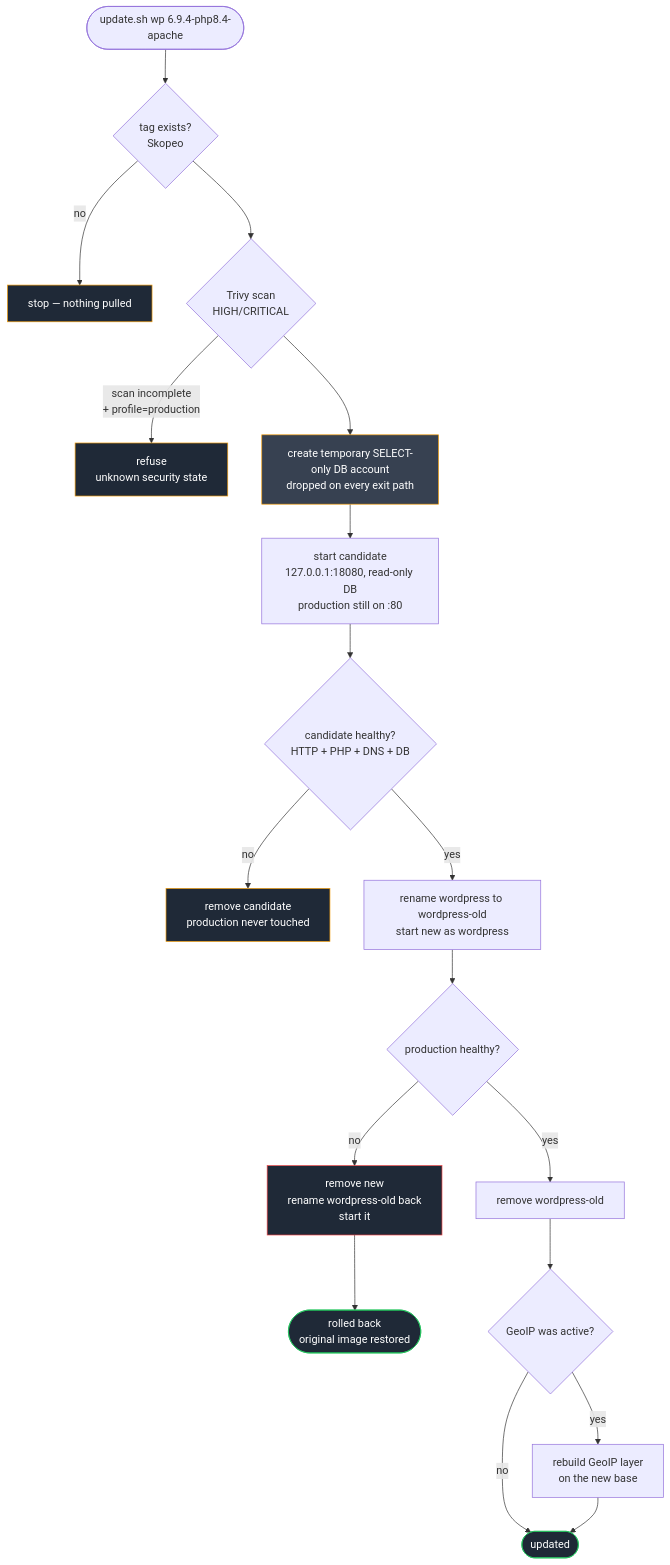
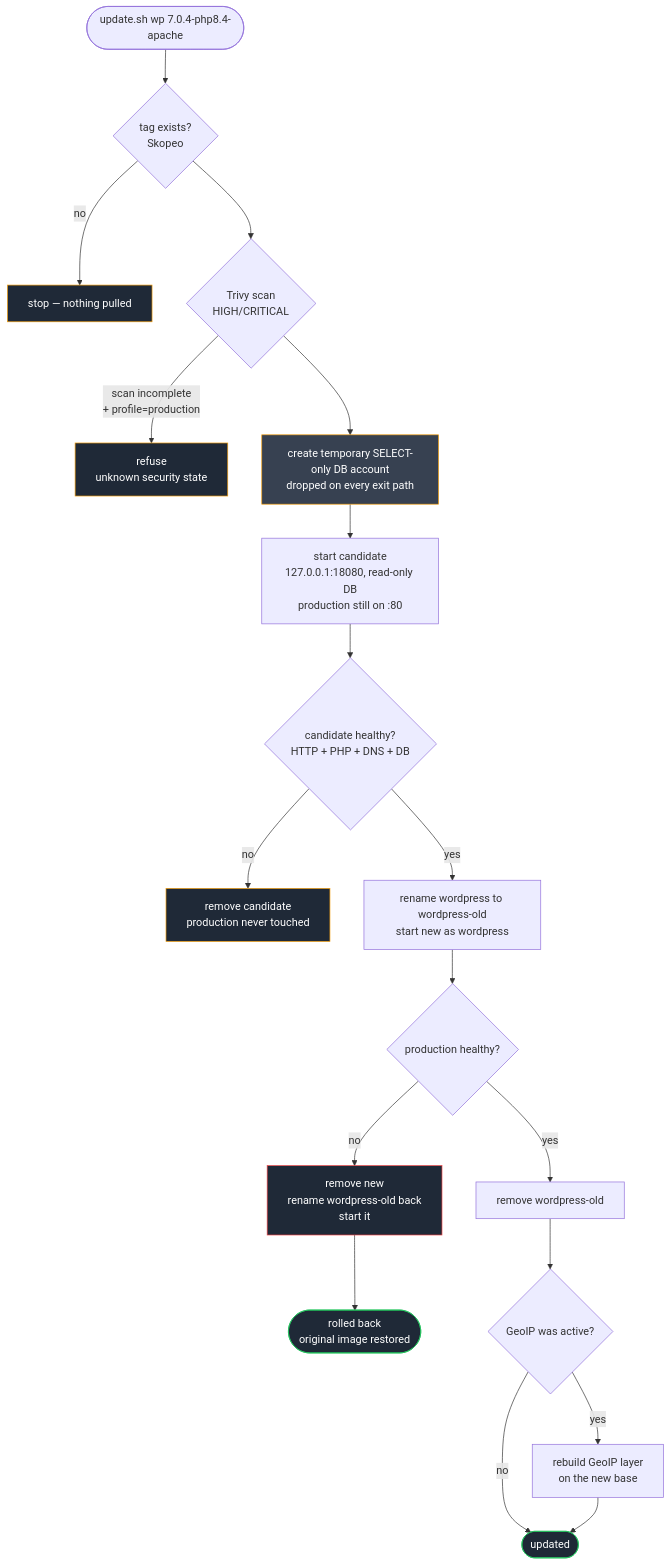
The sixth of 8 diagrams in ARCHITECTURE.md (RothITguy-jitsi/alpine-vm-wordpress), drawn with Mermaid before and after one commit. The commit also changed 20 other files, not shown here.

````diff
--- a/ARCHITECTURE.md
+++ b/ARCHITECTURE.md
@@ -281,32 +281,32 @@
 ```mermaid
 flowchart TD
-    START(["update.sh wp 6.9.4-php8.4-apache"]) --> CHK{"tag exists?<br/>Skopeo"}
+    START(["update.sh wp 7.0.4-php8.4-apache"]) --> CHK{"tag exists?<br/>Skopeo"}
     CHK -->|"no"| STOP1["stop — nothing pulled"]
     CHK --> SCAN{"Trivy scan<br/>HIGH/CRITICAL"}
     SCAN -->|"scan incomplete<br/>+ profile=production"| STOP2["refuse<br/>unknown security state"]
     SCAN --> RO["create temporary SELECT-only DB account<br/>dropped on every exit path"]
     RO --> CAND["start candidate<br/>127.0.0.1:18080, read-only DB<br/>production still on :80"]
 
     CAND --> VAL{"candidate healthy?<br/>HTTP + PHP + DNS + DB"}
     VAL -->|"no"| STOP3["remove candidate<br/>production never touched"]
 
     VAL -->|"yes"| REN["rename wordpress to wordpress-old<br/>start new as wordpress"]
     REN --> VAL2{"production healthy?"}
 
     VAL2 -->|"no"| RB["remove new<br/>rename wordpress-old back<br/>start it"]
     RB --> DONE2(["rolled back<br/>original image restored"])
 
     VAL2 -->|"yes"| RM["remove wordpress-old"]
     RM --> GEO{"GeoIP was active?"}
     GEO -->|"yes"| REBUILD["rebuild GeoIP layer<br/>on the new base"]
     GEO -->|"no"| DONE1
     REBUILD --> DONE1(["updated"])
 
     style STOP1 fill:#1f2937,stroke:#f59e0b,color:#fff
     style STOP2 fill:#1f2937,stroke:#f59e0b,color:#fff
     style STOP3 fill:#1f2937,stroke:#f59e0b,color:#fff
     style RO fill:#374151,stroke:#f59e0b,color:#fff
     style RB fill:#1f2937,stroke:#ef4444,color:#fff
     style DONE1 fill:#1f2937,stroke:#22c55e,color:#fff
     style DONE2 fill:#1f2937,stroke:#22c55e,color:#fff
 ```
````
